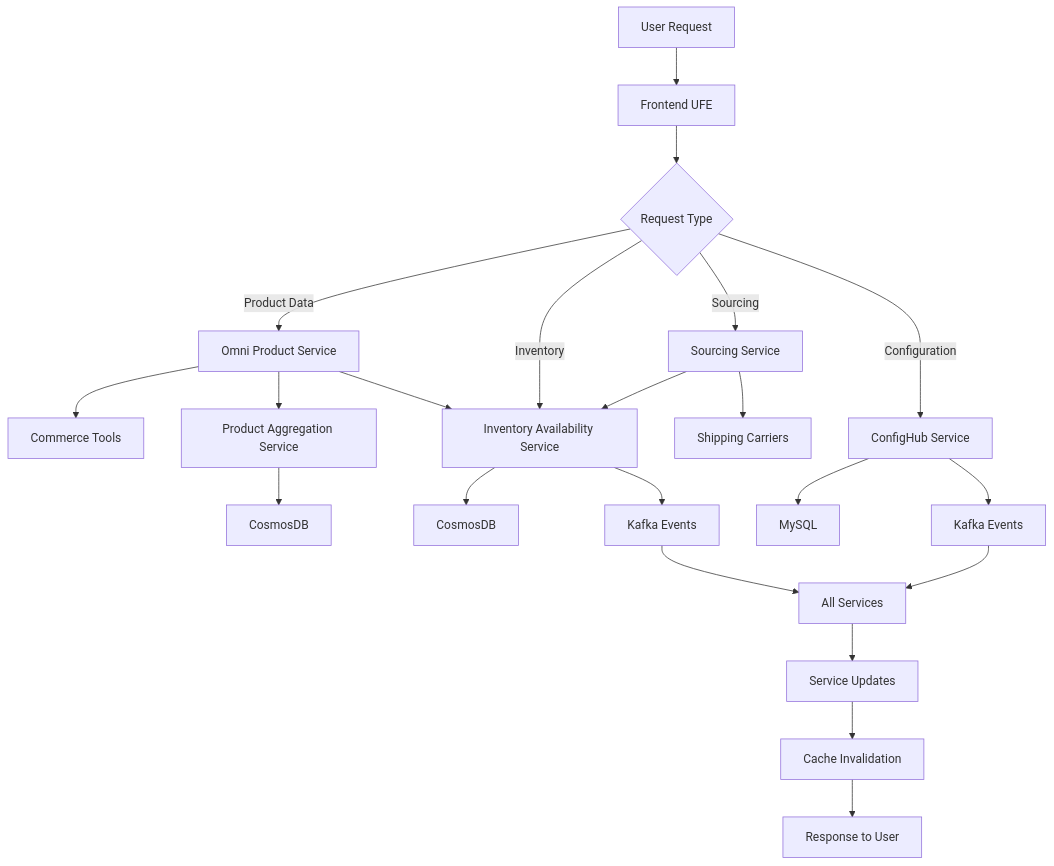
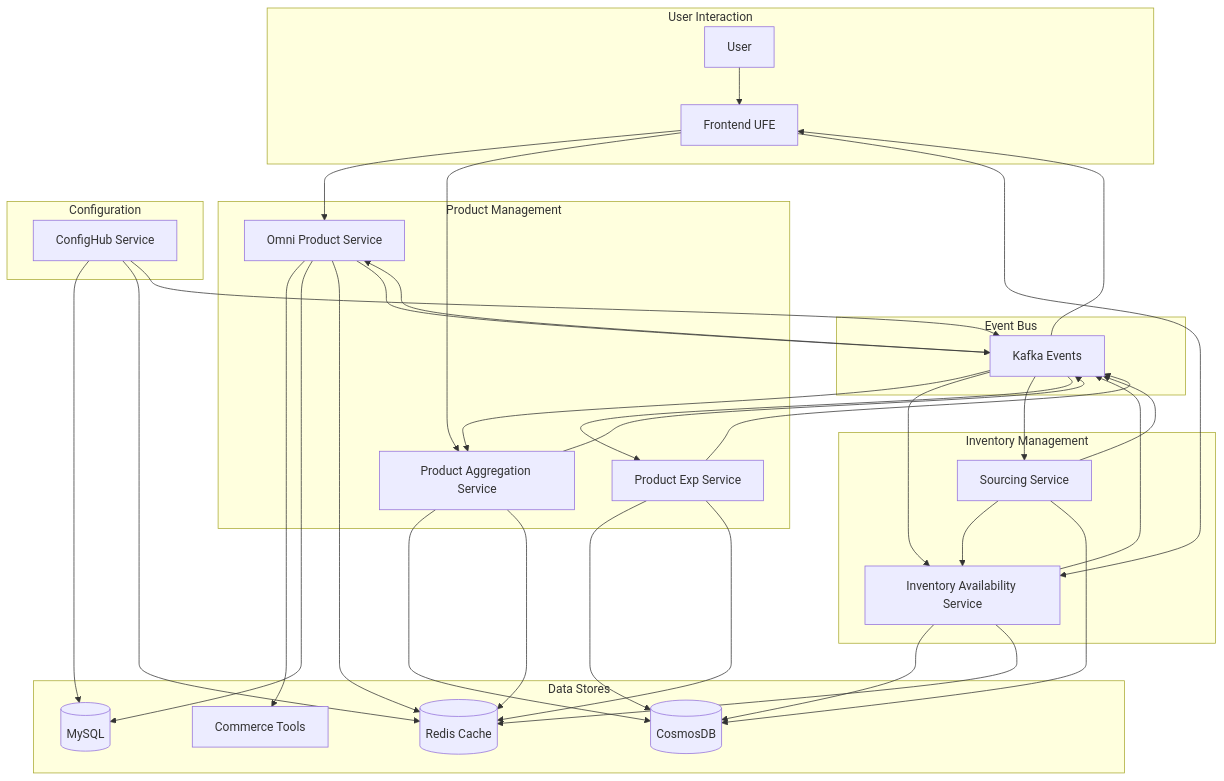
Before and after one commit to aahmadseph/SST-Phase-2: the third of 9 diagrams in generated-docs/overall-architecture.md, drawn with Mermaid. The commit also changed other lines of this file and 13 other files, not shown here.

````diff
--- a/generated-docs/overall-architecture.md
+++ b/generated-docs/overall-architecture.md
@@ -712,32 +248,70 @@
 ```mermaid
 flowchart TD
-    A[User Request] --> B[Frontend UFE]
-    B --> C{Request Type}
+    subgraph "User Interaction"
+        USER[User]
+        UFE[Frontend UFE]
+    end
     
-    C -->|Product Data| D[Omni Product Service]
-    C -->|Inventory| E[Inventory Availability Service]
-    C -->|Sourcing| F[Sourcing Service]
-    C -->|Configuration| G[ConfigHub Service]
+    subgraph "Product Management"
+        OPS[Omni Product Service]
+        PAS[Product Aggregation Service]
+        PES[Product Exp Service]
+    end
     
-    D --> H[Commerce Tools]
-    D --> I[Product Aggregation Service]
-    D --> E
+    subgraph "Inventory Management"
+        IAS[Inventory Availability Service]
+        SS[Sourcing Service]
+    end
     
-    E --> J[CosmosDB]
-    E --> K[Kafka Events]
+    subgraph "Configuration"
+        CH[ConfigHub Service]
+    end
     
-    F --> E
-    F --> L[Shipping Carriers]
+    subgraph "Data Stores"
+        MYSQL[(MySQL)]
+        COSMOS[(CosmosDB)]
+        REDIS[(Redis Cache)]
+        COMMERCE[Commerce Tools]
+    end
     
-    G --> M[MySQL]
-    G --> N[Kafka Events]
+    subgraph "Event Bus"
+        KAFKA[Kafka Events]
+    end
     
-    I --> O[CosmosDB]
+    USER --> UFE
+    UFE --> OPS
+    UFE --> PAS
+    UFE --> IAS
     
-    K --> P[All Services]
-    N --> P
+    OPS --> COMMERCE
+    OPS --> MYSQL
+    OPS --> REDIS
+    OPS --> KAFKA
     
-    P --> Q[Service Updates]
-    Q --> R[Cache Invalidation]
-    R --> S[Response to User]
+    PAS --> COSMOS
+    PAS --> REDIS
+    PAS --> KAFKA
+    
+    IAS --> COSMOS
+    IAS --> REDIS
+    IAS --> KAFKA
+    
+    SS --> IAS
+    SS --> COSMOS
+    SS --> KAFKA
+    
+    PES --> COSMOS
+    PES --> REDIS
+    PES --> KAFKA
+    
+    CH --> MYSQL
+    CH --> REDIS
+    CH --> KAFKA
+    
+    KAFKA --> OPS
+    KAFKA --> PAS
+    KAFKA --> IAS
+    KAFKA --> SS
+    KAFKA --> PES
+    KAFKA --> UFE
 ```
````
